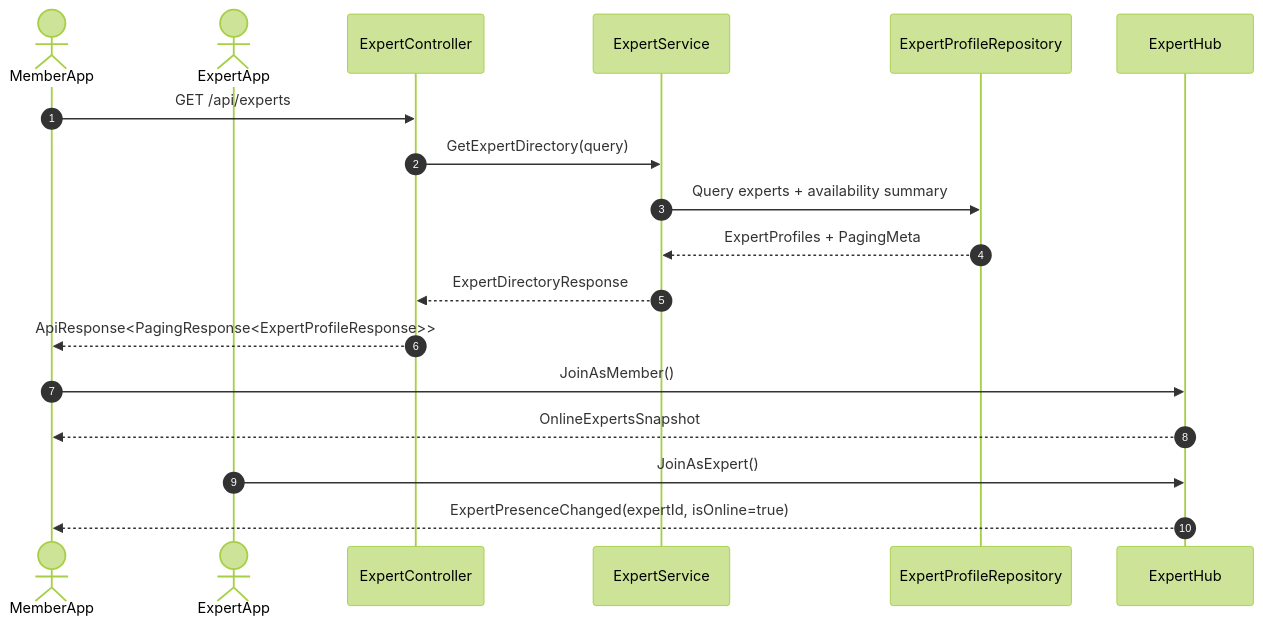
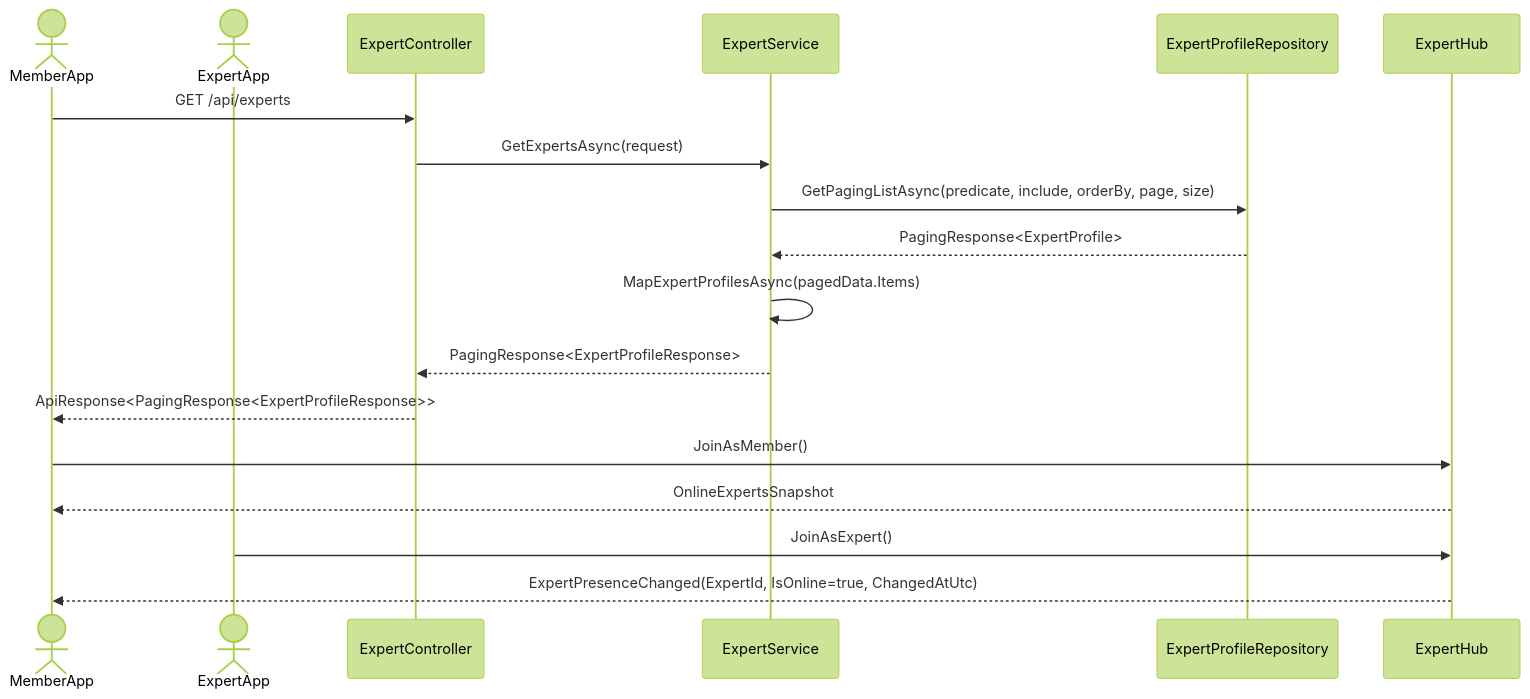
Before and after one commit to Snake-AID/SnakeAid.Docs: the second of 8 diagrams in Docs/11-SoftwareDocument/Report 5/SnakeAid Report4_Software Design Document.docx.md, drawn with Mermaid (forest theme). The commit also changed other lines of this file, not shown here.

Commit message:
docs(software-design): refine sequence diagrams and update method names for clarity and consistency

````diff
--- a/Docs/11-SoftwareDocument/Report 5/SnakeAid Report4_Software Design Document.docx.md
+++ b/Docs/11-SoftwareDocument/Report 5/SnakeAid Report4_Software Design Document.docx.md
@@ -432,23 +432,23 @@
 ```mermaid
 sequenceDiagram
-    autonumber
     actor MemberApp
     actor ExpertApp
     participant ExpertController
     participant ExpertService
     participant ExpertProfileRepository
     participant ExpertHub
 
     MemberApp->>ExpertController: GET /api/experts
-    ExpertController->>ExpertService: GetExpertDirectory(query)
-    ExpertService->>ExpertProfileRepository: Query experts + availability summary
-    ExpertProfileRepository-->>ExpertService: ExpertProfiles + PagingMeta
-    ExpertService-->>ExpertController: ExpertDirectoryResponse
+    ExpertController->>ExpertService: GetExpertsAsync(request)
+    ExpertService->>ExpertProfileRepository: GetPagingListAsync(predicate, include, orderBy, page, size)
+    ExpertProfileRepository-->>ExpertService: PagingResponse<ExpertProfile>
+    ExpertService->>ExpertService: MapExpertProfilesAsync(pagedData.Items)
+    ExpertService-->>ExpertController: PagingResponse<ExpertProfileResponse>
     ExpertController-->>MemberApp: ApiResponse<PagingResponse<ExpertProfileResponse>>
 
     MemberApp->>ExpertHub: JoinAsMember()
     ExpertHub-->>MemberApp: OnlineExpertsSnapshot
 
     ExpertApp->>ExpertHub: JoinAsExpert()
-    ExpertHub-->>MemberApp: ExpertPresenceChanged(expertId, isOnline=true)
+    ExpertHub-->>MemberApp: ExpertPresenceChanged(ExpertId, IsOnline=true, ChangedAtUtc)
 ```
````
